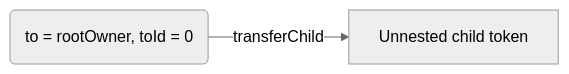
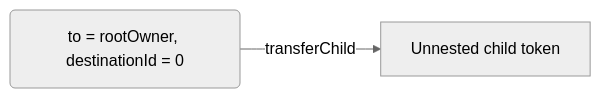
One commit to rmrk-team/NestingEIP changed the fourth of 6 diagrams in README.md. Above: the diagram before and after it, drawn with Mermaid (neutral theme). The commit also changed other lines of this file, not shown here.

First line of the commit message:
Change toId to destinationId

````diff
--- a/README.md
+++ b/README.md
@@ -469,4 +469,4 @@
 ```mermaid
 graph LR
-    A(to = rootOwner, toId = 0) -->|transferChild| B[Unnested child token]
+    A(to = rootOwner, destinationId = 0) -->|transferChild| B[Unnested child token]
 ```
````
